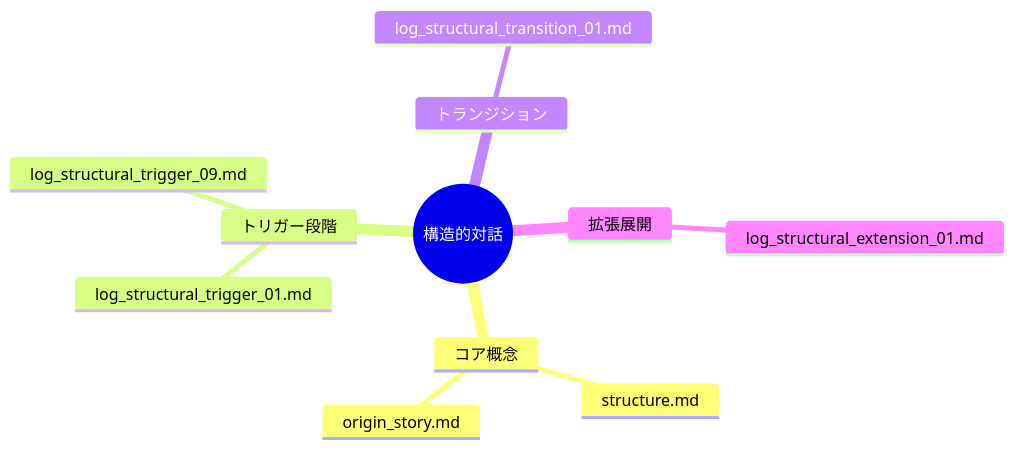
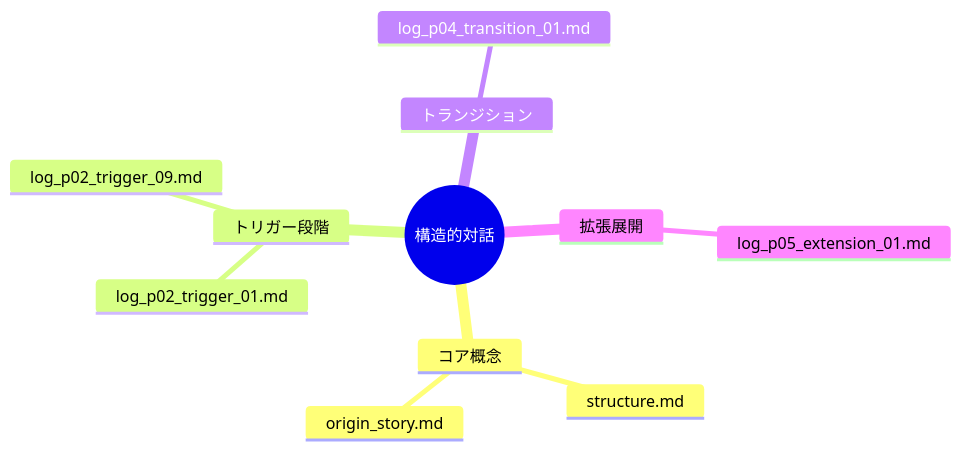
The diagram in README_ja.md (dvcampanula/structured-dialogue), drawn with Mermaid before and after one commit. The commit also changed other lines of this file and 33 other files, not shown here.

````diff
--- a/README_ja.md
+++ b/README_ja.md
@@ -73,14 +73,14 @@
 ```mermaid
 mindmap
   root((構造的対話))
     コア概念
       structure.md
       origin_story.md
     トリガー段階
-      log_structural_trigger_01.md
-      log_structural_trigger_09.md
+      log_p02_trigger_01.md
+      log_p02_trigger_09.md
     トランジション
-      log_structural_transition_01.md
+      log_p04_transition_01.md
     拡張展開
-      log_structural_extension_01.md
+      log_p05_extension_01.md
 ```
````
